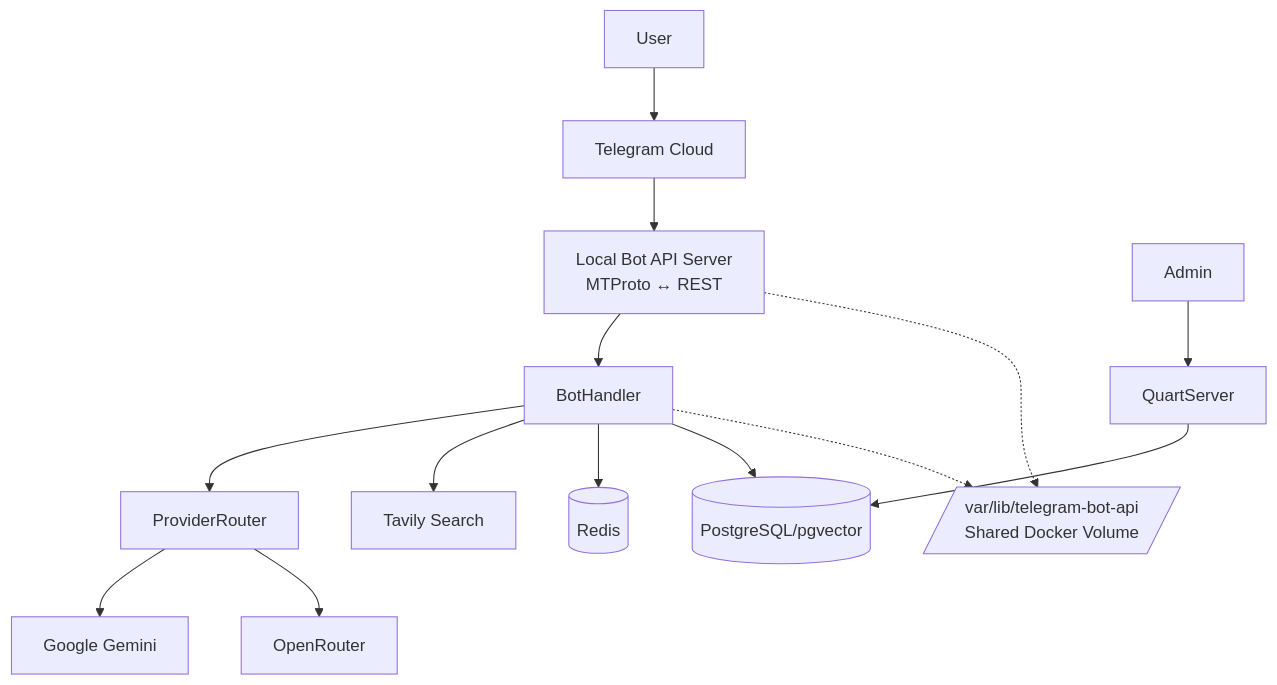
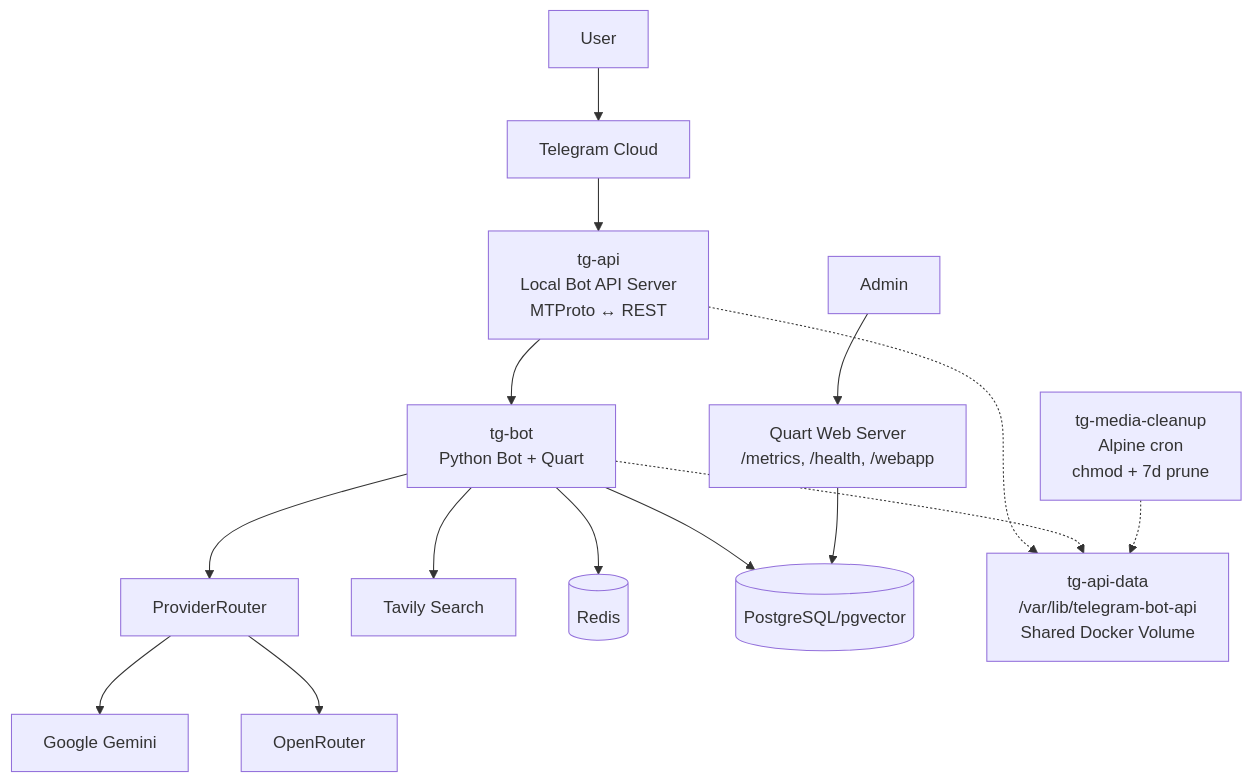
Before and after one commit to Le-Who/Bobby-Botique: the diagram in README.md, drawn with Mermaid. The commit also changed other lines of this file and 1 other file, not shown here.

First line of the commit message:
fix(inline): replace Tavily QnA with Google Search Grounding for real-time data

````diff
--- a/README.md
+++ b/README.md
@@ -78,20 +81,21 @@
 ```mermaid
 graph TD;
     User-->TelegramCloud[Telegram Cloud];
-    TelegramCloud-->LocalAPI[Local Bot API Server<br/>MTProto ↔ REST];
-    LocalAPI-->BotHandler;
-    Admin-->QuartServer;
+    TelegramCloud-->LocalAPI["tg-api<br/>Local Bot API Server<br/>MTProto ↔ REST"];
+    LocalAPI-->BotHandler["tg-bot<br/>Python Bot + Quart"];
+    Admin-->QuartServer["Quart Web Server<br/>/metrics, /health, /webapp"];
 
     BotHandler-->ProviderRouter;
     ProviderRouter-->Gemini[Google Gemini];
     ProviderRouter-->OpenRouter[OpenRouter];
 
     BotHandler-->Tavily[Tavily Search];
 
     BotHandler-->Cache[(Redis)];
     BotHandler-->DB[(PostgreSQL/pgvector)];
     QuartServer-->DB;
 
-    LocalAPI-.->SharedVolume[/var/lib/telegram-bot-api<br/>Shared Docker Volume/];
+    LocalAPI-.->SharedVolume["tg-api-data<br/>/var/lib/telegram-bot-api<br/>Shared Docker Volume"];
     BotHandler-.->SharedVolume;
+    Cleanup["tg-media-cleanup<br/>Alpine cron<br/>chmod + 7d prune"]-.->SharedVolume;
 ```
````
